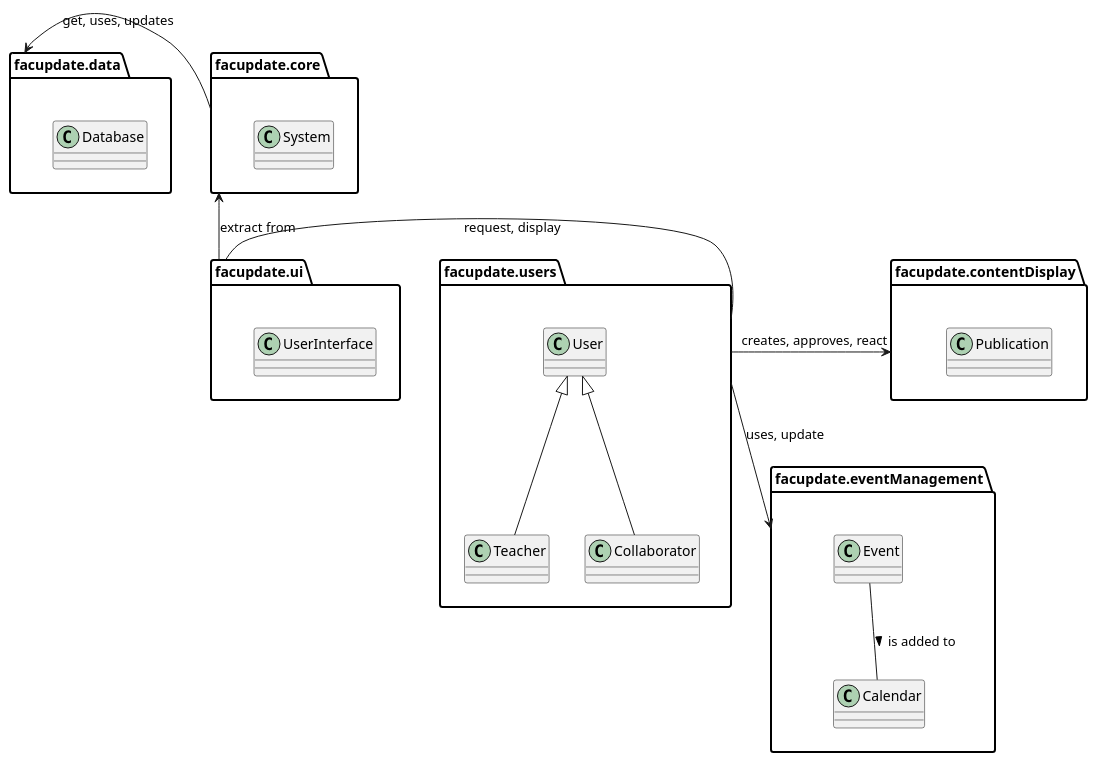
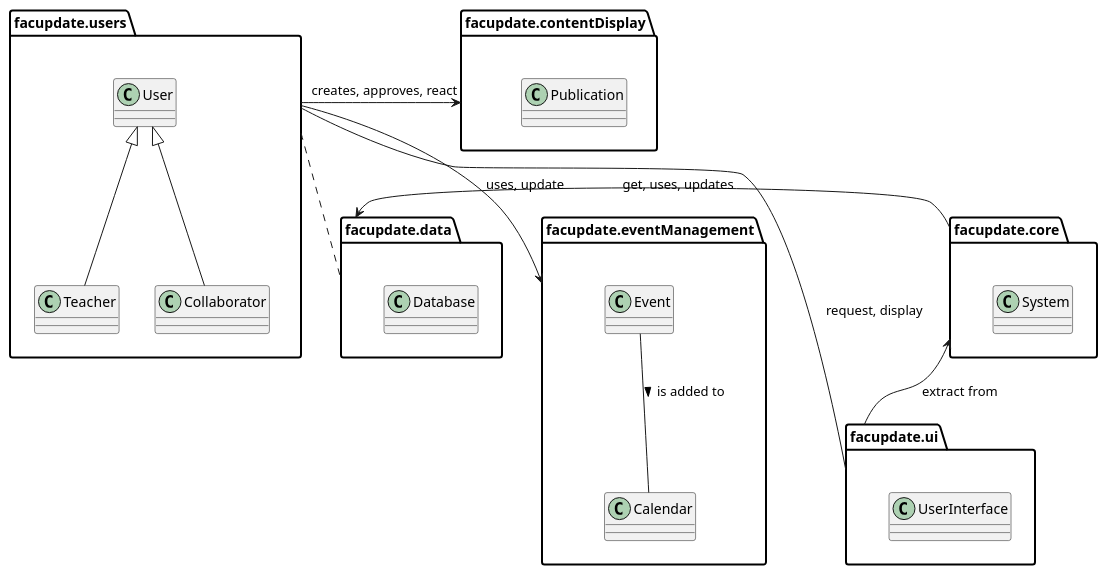
The diagram in docs/logicalView/analysisView/packageAnalysis/packageDiagram.plantuml (Danfloca02/ProyectoFacUpdate), drawn with PlantUML before and after one commit.

Commit message:
Carga del diagrama de clases y de Paquetes

```diff
--- a/docs/logicalView/analysisView/packageAnalysis/packageDiagram.plantuml
+++ b/docs/logicalView/analysisView/packageAnalysis/packageDiagram.plantuml
@@ -1,43 +1,44 @@
 @startuml package_diagram
 
 skinparam FontSize 14
 skinparam PackageBorderThickness 2
 
 package "facupdate.users" as users {
     class User
     class Teacher
     class Collaborator
 }
 
 package "facupdate.core" as core {
     class System
 }
 
 package "facupdate.data" as data {
     class Database
 }
 
 package "facupdate.ui" as ui {
     class UserInterface
 }
 
 package "facupdate.contentDisplay" as content {
     class Publication
 }
 
 package "facupdate.eventManagement" as calendar {
     class Calendar
     class Event
 }
 
 core <-down- ui : extract from
 core -left-> data : get, uses, updates
+users .. data
+users --> calendar : uses, update
 users -right- ui : request, display
 users -left-> content : creates, approves, react 
-users --> calendar : uses, update
 
 User <|-- Teacher
 User <|-- Collaborator
 Event -- Calendar : is added to > 
 
 @enduml
```
